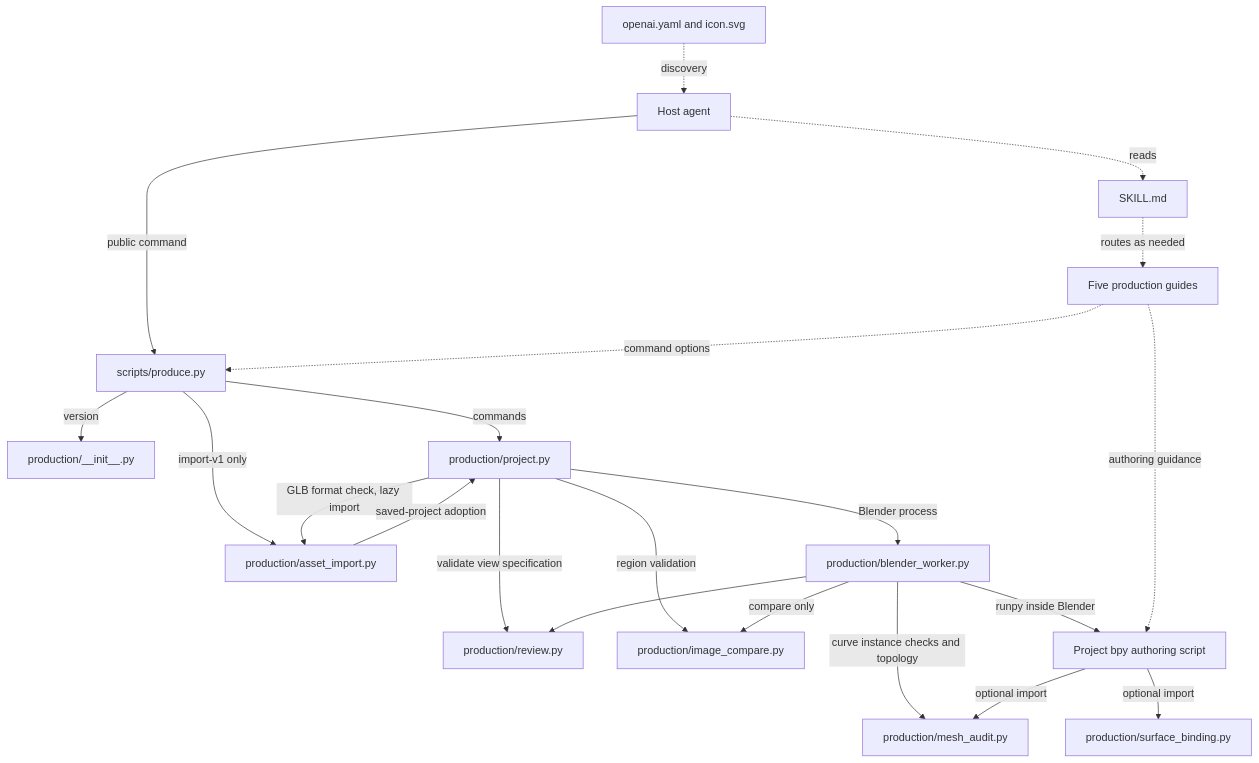
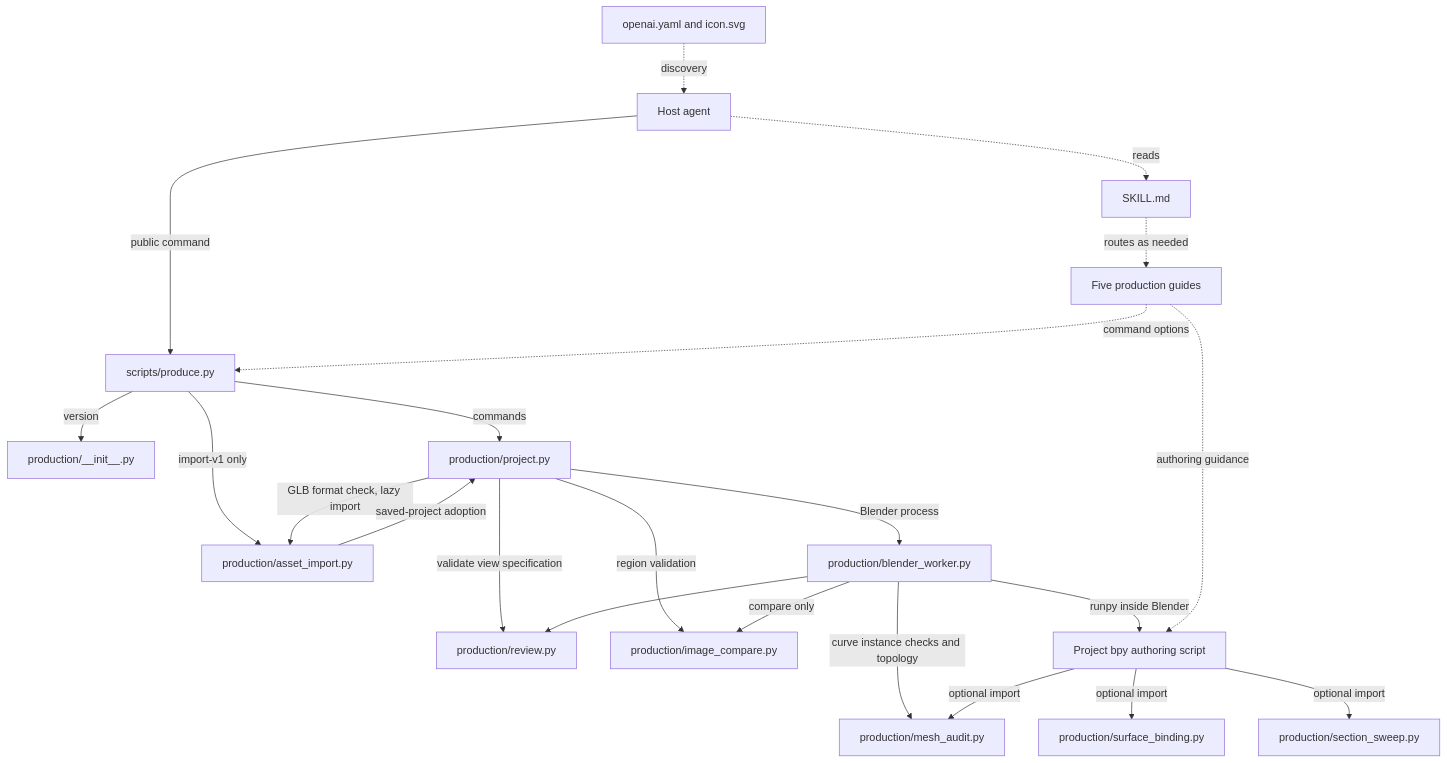
The diagram in docs/development/refas-2-skill-map.md (ictseoyoungmin/refas), drawn with Mermaid before and after one commit. The commit also changed other lines of this file and 5 other files, not shown here.

````diff
--- a/docs/development/refas-2-skill-map.md
+++ b/docs/development/refas-2-skill-map.md
@@ -22,25 +22,26 @@
 ```mermaid
 flowchart TD
     Discovery["openai.yaml and icon.svg"] -. "discovery" .-> Agent["Host agent"]
     Agent -. "reads" .-> Skill["SKILL.md"]
     Skill -. "routes as needed" .-> Guides["Five production guides"]
     Agent -- "public command" --> CLI["scripts/produce.py"]
     Guides -. "command options" .-> CLI
 
     CLI -- "version" --> Identity["production/__init__.py"]
     CLI -- "commands" --> Project["production/project.py"]
     CLI -- "import-v1 only" --> Import["production/asset_import.py"]
     Project -- "GLB format check, lazy import" --> Import
     Import -- "saved-project adoption" --> Project
 
     Project -- "validate view specification" --> Review["production/review.py"]
     Project -- "Blender process" --> Worker["production/blender_worker.py"]
     Worker --> Review
     Project -- "region validation" --> Comparison["production/image_compare.py"]
     Worker -- "compare only" --> Comparison
     Worker -- "curve instance checks and topology" --> Audit["production/mesh_audit.py"]
     Worker -- "runpy inside Blender" --> Script["Project bpy authoring script"]
     Guides -. "authoring guidance" .-> Script
     Script -- "optional import" --> Audit
     Script -- "optional import" --> Binding["production/surface_binding.py"]
+    Script -- "optional import" --> Sweep["production/section_sweep.py"]
 ```
````
